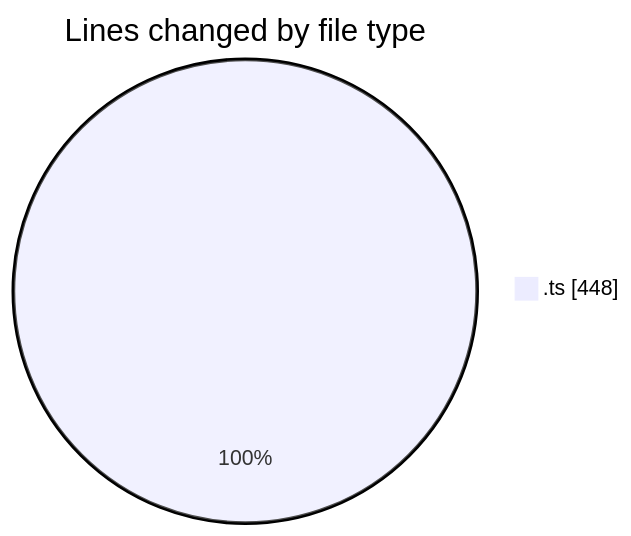
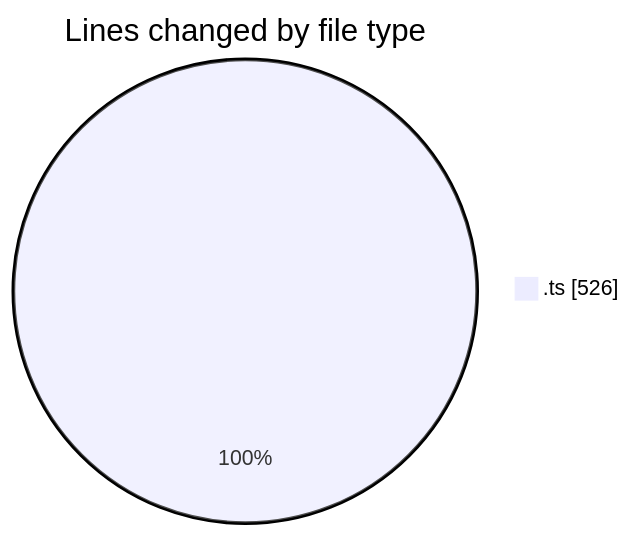
One commit to tmsrecording-cyber/code-tracking changed the first of 2 diagrams in 2026-02-09/singularitybrainai/README.md. Above: the diagram before and after it, drawn with Mermaid. The commit also changed other lines of this file and 1 other file, not shown here.

````diff
--- a/2026-02-09/singularitybrainai/README.md
+++ b/2026-02-09/singularitybrainai/README.md
@@ -22,5 +22,5 @@
 ```mermaid
 pie showData
 title Lines changed by file type
-".ts" : 448
+".ts" : 526
 ```
````
